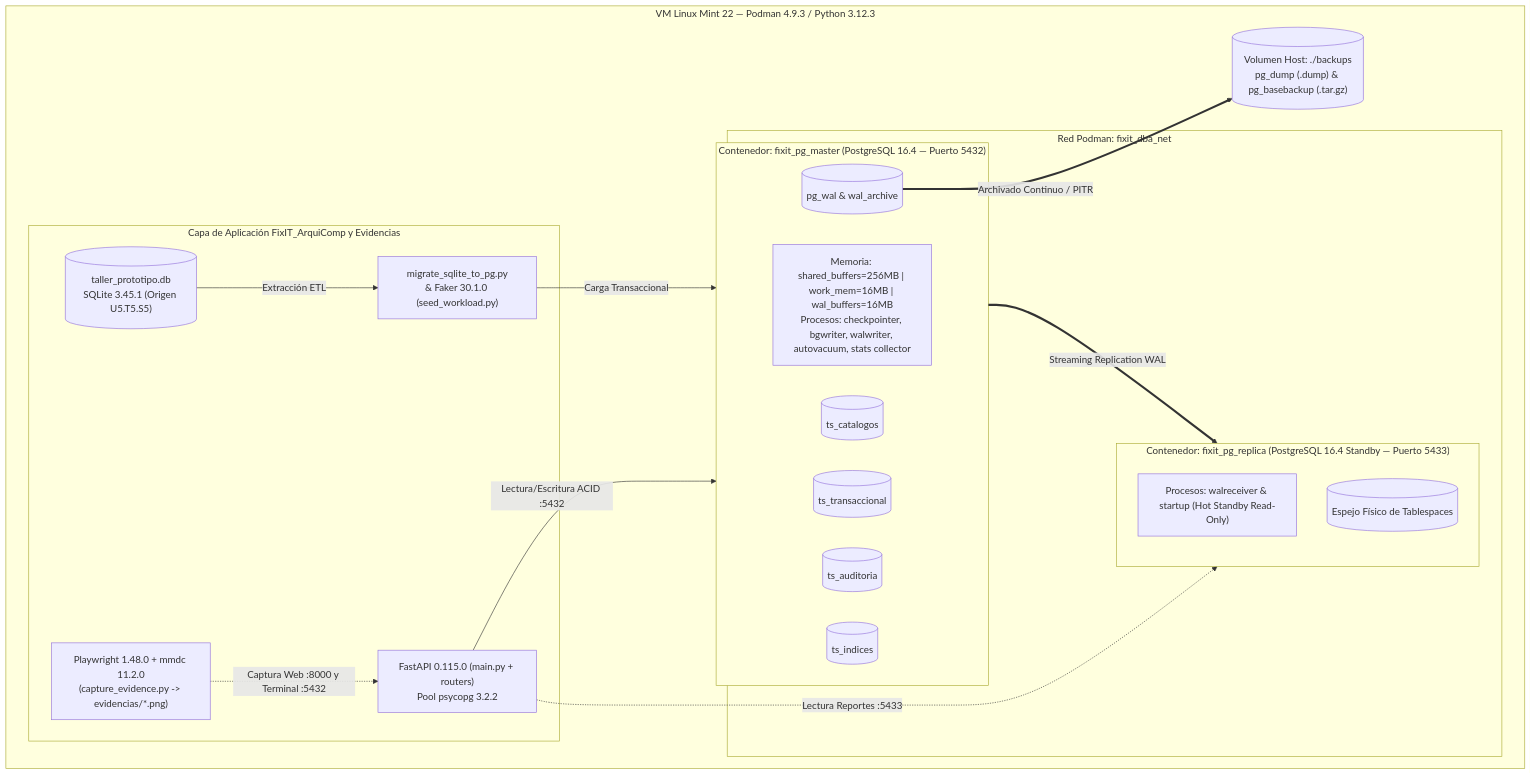
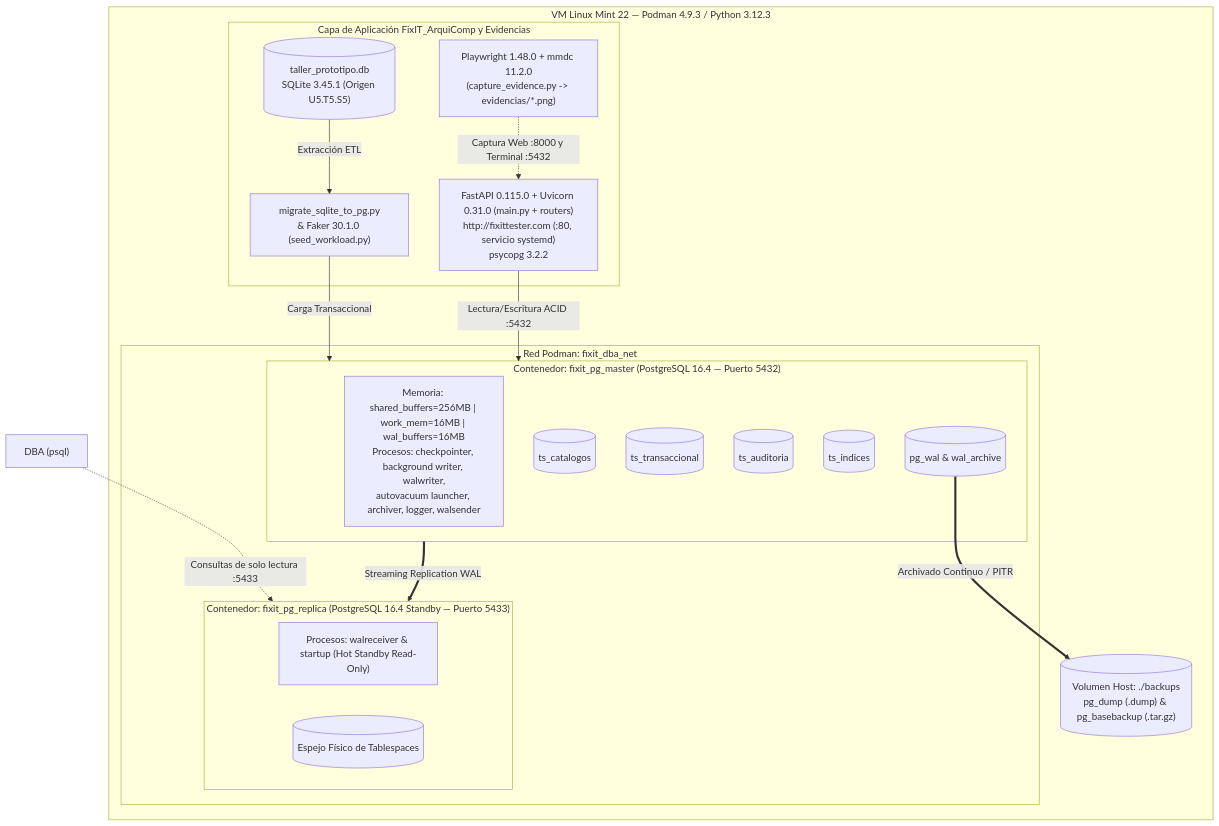
Before and after one commit to GreenEnGit/FixIT_ArquiComp: the first of 4 diagrams in docs/06_arquitectura_y_datos.md, drawn with Mermaid. The commit also changed other lines of this file and 55 other files, not shown here.

````diff
--- a/docs/06_arquitectura_y_datos.md
+++ b/docs/06_arquitectura_y_datos.md
@@ -7,37 +7,37 @@
 ```mermaid
 graph TB
     subgraph VM["VM Linux Mint 22 — Podman 4.9.3 / Python 3.12.3"]
         subgraph AppLayer["Capa de Aplicación FixIT_ArquiComp y Evidencias"]
-            FastAPI["FastAPI 0.115.0 (main.py + routers)\nPool psycopg 3.2.2"]
+            FastAPI["FastAPI 0.115.0 + Uvicorn 0.31.0 (main.py + routers)\nhttp://fixittester.com (:80, servicio systemd)\npsycopg 3.2.2"]
             ETL["migrate_sqlite_to_pg.py\n& Faker 30.1.0 (seed_workload.py)"]
             Capturer["Playwright 1.48.0 + mmdc 11.2.0\n(capture_evidence.py -> evidencias/*.png)"]
             SQLiteDB[("taller_prototipo.db\nSQLite 3.45.1 (Origen U5.T5.S5)")]
         end
 
         subgraph PodmanNet["Red Podman: fixit_dba_net"]
             subgraph Master["Contenedor: fixit_pg_master (PostgreSQL 16.4 — Puerto 5432)"]
-                PGMem["Memoria: shared_buffers=256MB | work_mem=16MB | wal_buffers=16MB\nProcesos: checkpointer, bgwriter, walwriter, autovacuum, stats collector"]
+                PGMem["Memoria: shared_buffers=256MB | work_mem=16MB | wal_buffers=16MB\nProcesos: checkpointer, background writer, walwriter,\nautovacuum launcher, archiver, logger, walsender"]
                 TS1[("ts_catalogos")]
                 TS2[("ts_transaccional")]
                 TS3[("ts_auditoria")]
                 TS4[("ts_indices")]
                 WAL[("pg_wal & wal_archive")]
             end
 
             subgraph Replica["Contenedor: fixit_pg_replica (PostgreSQL 16.4 Standby — Puerto 5433)"]
                 RepProc["Procesos: walreceiver & startup (Hot Standby Read-Only)"]
                 RepDisk[("Espejo Físico de Tablespaces")]
             end
         end
 
         Backups[("Volumen Host: ./backups\npg_dump (.dump) & pg_basebackup (.tar.gz)")]
     end
 
     SQLiteDB -->|Extracción ETL| ETL
     ETL -->|Carga Transaccional| Master
     FastAPI -->|Lectura/Escritura ACID :5432| Master
-    FastAPI -.->|Lectura Reportes :5433| Replica
+    DBA["DBA (psql)"] -.->|Consultas de solo lectura :5433| Replica
     Master ==>|Streaming Replication WAL| Replica
     WAL ==>|Archivado Continuo / PITR| Backups
     Capturer -.->|Captura Web :8000 y Terminal :5432| FastAPI
 ```
````
